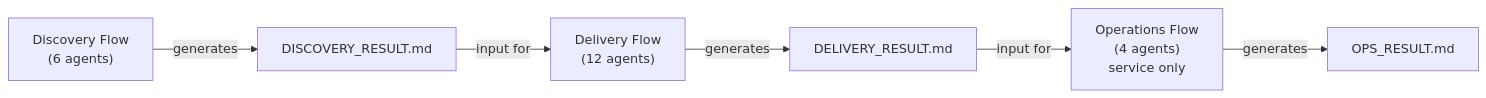
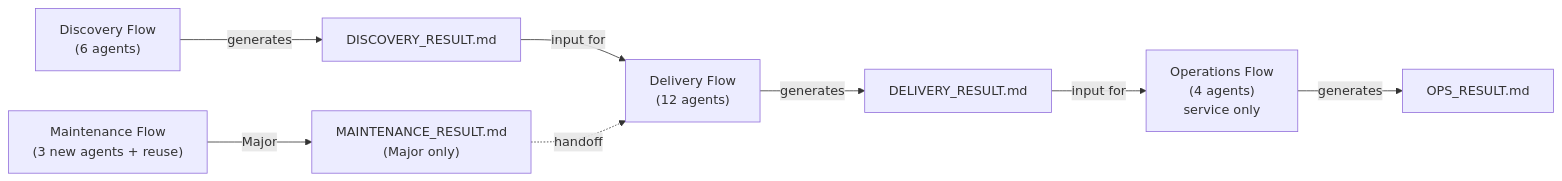
One commit to kirin0198/warterfall-agents changed the first of 6 diagrams in docs/wiki/en/Architecture.md. Above: the diagram before and after it, drawn with Mermaid. The commit also changed other lines of this file and 35 other files, not shown here.

First line of the commit message:
feat: design /maintenance-flow (4th flow for existing-project maintenance) (#29)

````diff
--- a/docs/wiki/en/Architecture.md
+++ b/docs/wiki/en/Architecture.md
@@ -32,12 +32,16 @@
 ```mermaid
 flowchart LR
     DR["DISCOVERY_RESULT.md"]
     DLR["DELIVERY_RESULT.md"]
     OPR["OPS_RESULT.md"]
+    MR["MAINTENANCE_RESULT.md\n(Major only)"]
 
     Discovery["Discovery Flow\n(6 agents)"] -->|generates| DR
     DR -->|input for| Delivery["Delivery Flow\n(12 agents)"]
     Delivery -->|generates| DLR
     DLR -->|input for| Ops["Operations Flow\n(4 agents)\nservice only"]
     Ops -->|generates| OPR
+
+    Maintenance["Maintenance Flow\n(3 new agents + reuse)"] -->|Major| MR
+    MR -.->|handoff| Delivery
 ```
````
